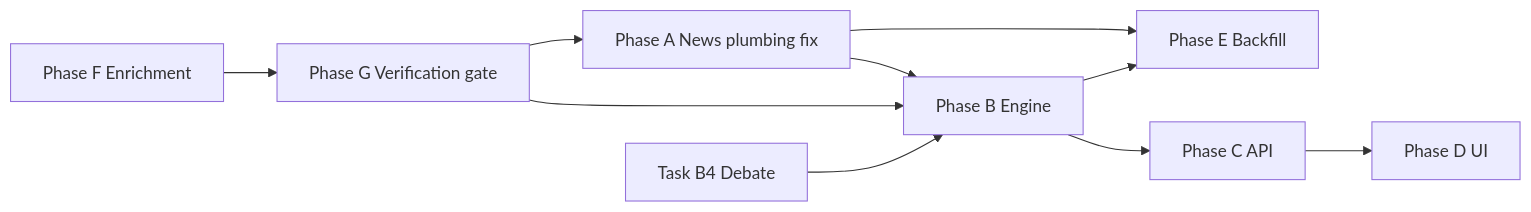
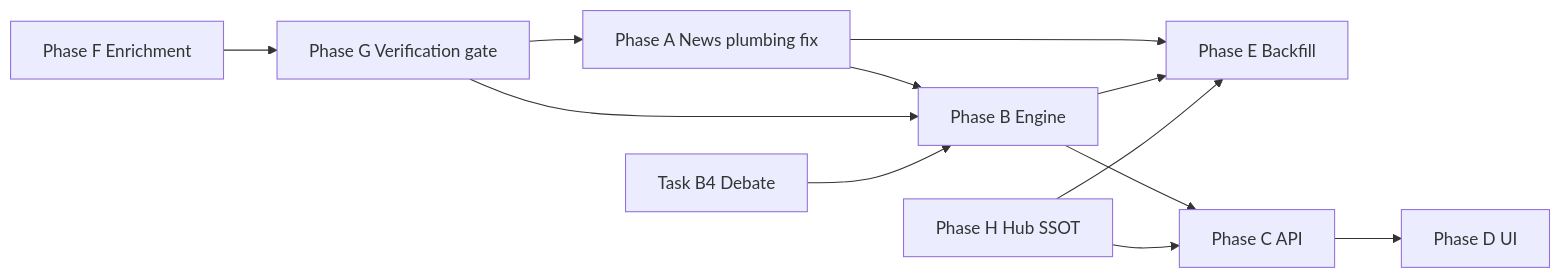
Before and after one commit to p1927/trade: the diagram in docs/superpowers/plans/2026-07-16-prediction-news-impact-panel.md, drawn with Mermaid. The commit also changed other lines of this file and 20 other files, not shown here.

````diff
--- a/docs/superpowers/plans/2026-07-16-prediction-news-impact-panel.md
+++ b/docs/superpowers/plans/2026-07-16-prediction-news-impact-panel.md
@@ -412,12 +467,14 @@
 ```mermaid
 flowchart LR
   F[Phase F Enrichment] --> G[Phase G Verification gate]
   G --> A[Phase A News plumbing fix]
   A --> B[Phase B Engine]
   G --> B
   A --> E[Phase E Backfill]
   B --> C[Phase C API]
   C --> D[Phase D UI]
   B4[Task B4 Debate] --> B
   B --> E
+  H[Phase H Hub SSOT] --> E
+  H --> C
 ```
````
